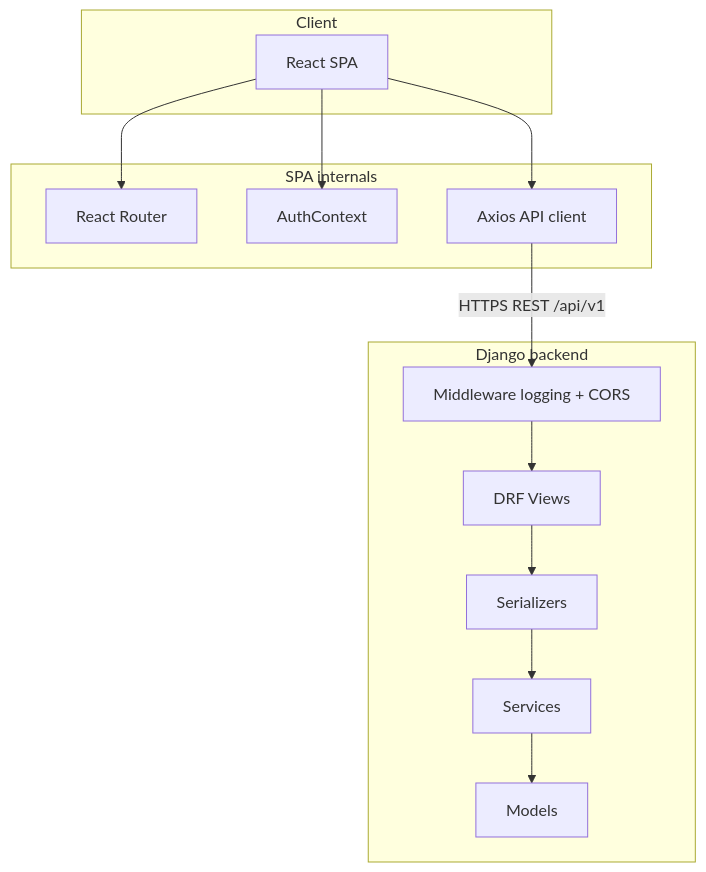
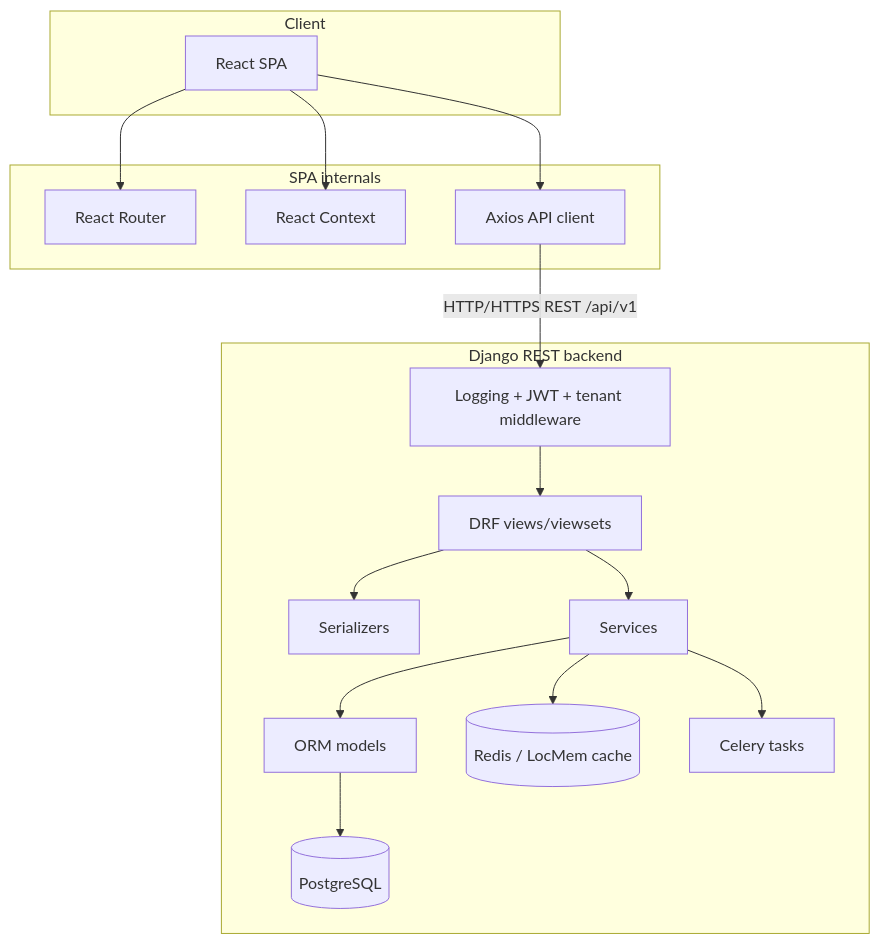
Before and after one commit to engjiosmani/collabai-project-management: the diagram in docs/architecture.md, drawn with Mermaid. The commit also changed other lines of this file and 7 other files, not shown here.

````diff
--- a/docs/architecture.md
+++ b/docs/architecture.md
@@ -17,26 +20,35 @@
 ```mermaid
 flowchart TB
     subgraph client["Client"]
         FE[React SPA]
     end
-    subgraph api["SPA internals"]
+
+    subgraph spa["SPA internals"]
         RT[React Router]
-        CTX[AuthContext]
+        CTX[React Context]
         AX[Axios API client]
         FE --> RT
         FE --> CTX
-        FE --> AX   
+        FE --> AX
     end
-    subgraph backend["Django backend"]
-        MW[Middleware logging + CORS]
-        V[DRF Views]
+
+    subgraph backend["Django REST backend"]
+        MW[Logging + JWT + tenant middleware]
+        V[DRF views/viewsets]
+        SER[Serializers]
         S[Services]
-        SER[Serializers]
-        M[Models]
-        AX -->|HTTPS REST /api/v1| MW
+        M[ORM models]
+        C[(Redis / LocMem cache)]
+        Q[Celery tasks]
+        DB[(PostgreSQL)]
+
+        AX -->|HTTP/HTTPS REST /api/v1| MW
         MW --> V
         V --> SER
-        SER --> S
+        V --> S
         S --> M
+        S --> C
+        S --> Q
+        M --> DB
     end
 ```
````
